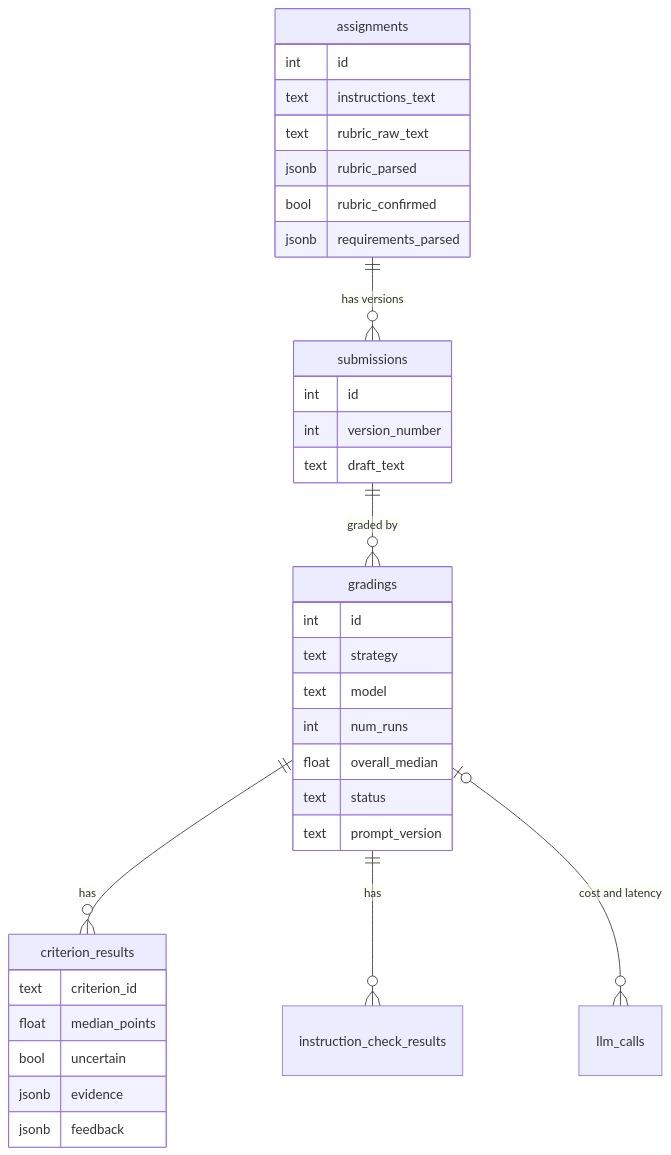
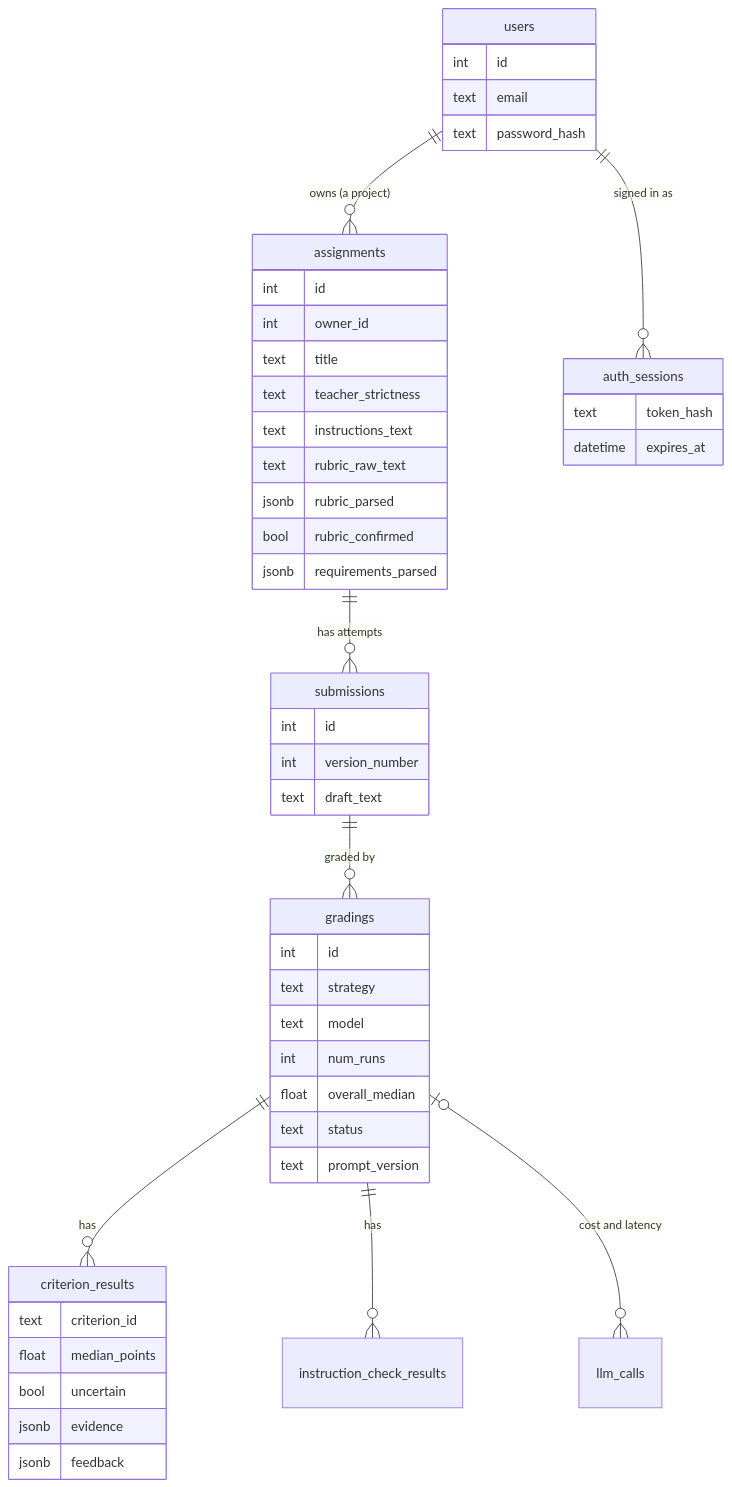
One commit to ammaromer-9/RubrikChecker changed the third of 3 diagrams in README.md. Above: the diagram before and after it, drawn with Mermaid. The commit also changed other lines of this file and 59 other files, not shown here.

````diff
--- a/README.md
+++ b/README.md
@@ -90,37 +93,51 @@
 ```mermaid
 erDiagram
-  assignments ||--o{ submissions : "has versions"
+  users ||--o{ assignments : "owns (a project)"
+  users ||--o{ auth_sessions : "signed in as"
+  assignments ||--o{ submissions : "has attempts"
   submissions ||--o{ gradings : "graded by"
   gradings ||--o{ criterion_results : has
   gradings ||--o{ instruction_check_results : has
   gradings |o--o{ llm_calls : "cost and latency"
+  users {
+    int id
+    text email
+    text password_hash
+  }
+  auth_sessions {
+    text token_hash
+    datetime expires_at
+  }
   assignments {
     int id
+    int owner_id
+    text title
+    text teacher_strictness
     text instructions_text
     text rubric_raw_text
     jsonb rubric_parsed
     bool rubric_confirmed
     jsonb requirements_parsed
   }
   submissions {
     int id
     int version_number
     text draft_text
   }
   gradings {
     int id
     text strategy
     text model
     int num_runs
     float overall_median
     text status
     text prompt_version
   }
   criterion_results {
     text criterion_id
     float median_points
     bool uncertain
     jsonb evidence
     jsonb feedback
   }
 ```
````
